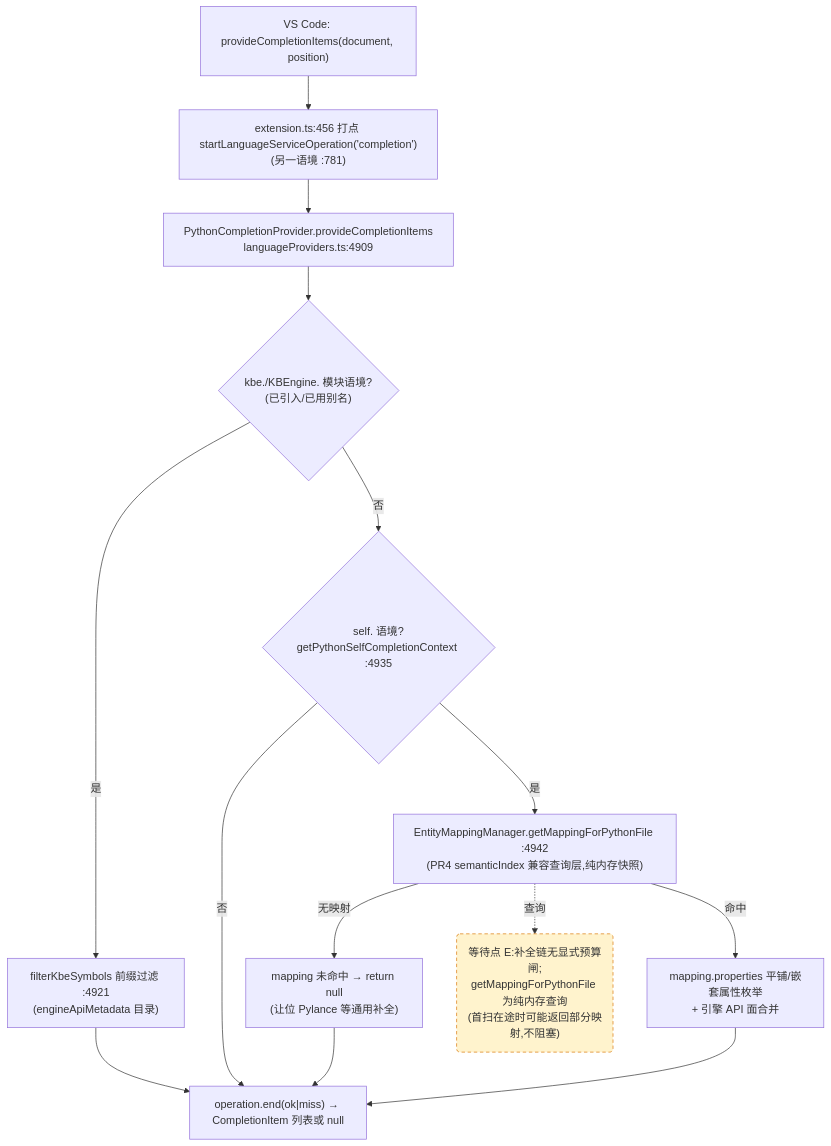
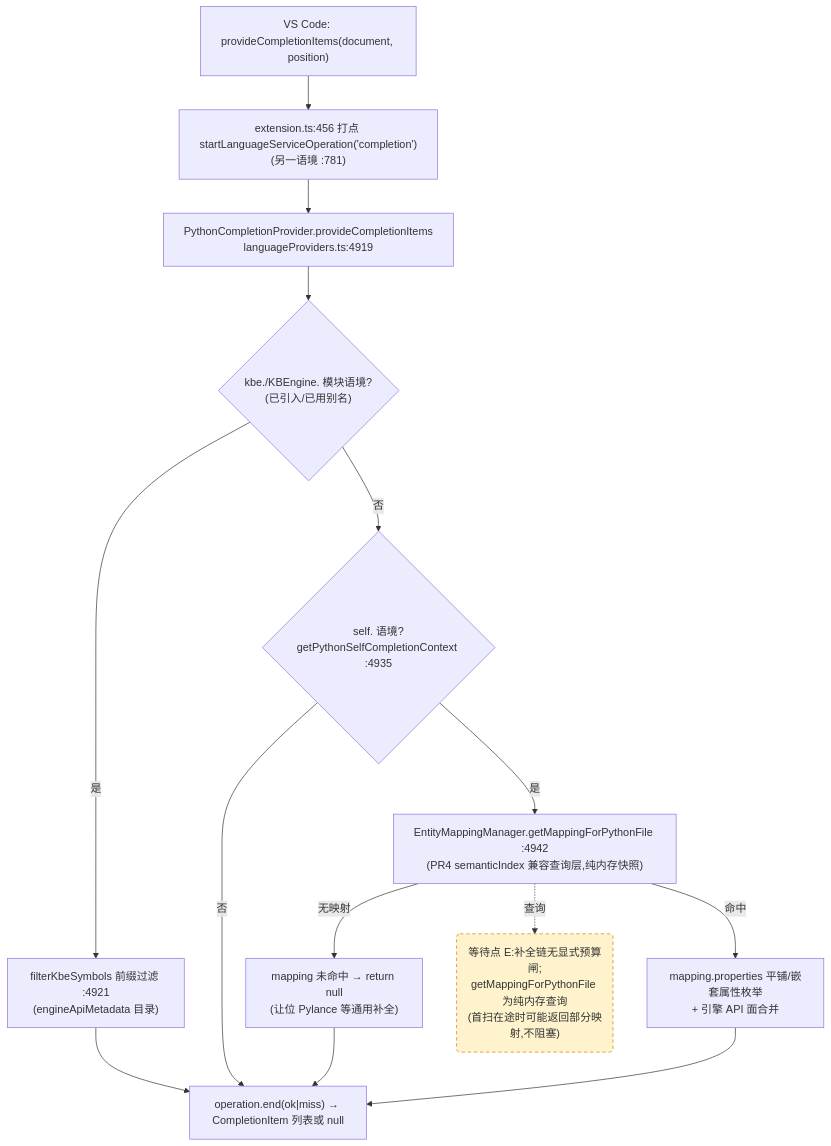
Before and after one commit to cuihairu/kode: the third of 4 diagrams in docs/perf/2026-baseline.md, drawn with Mermaid. The commit also changed other lines of this file and 1 other file, not shown here.

````diff
--- a/docs/perf/2026-baseline.md
+++ b/docs/perf/2026-baseline.md
@@ -184,27 +184,27 @@
 ```mermaid
 flowchart TD
   VC3["VS Code: provideCompletionItems(document, position)"]
   M3["extension.ts:456 打点 startLanguageServiceOperation('completion')<br/>(另一语境 :781)"]
-  CP["PythonCompletionProvider.provideCompletionItems<br/>languageProviders.ts:4909"]
+  CP["PythonCompletionProvider.provideCompletionItems<br/>languageProviders.ts:4919"]
   KBEC{"kbe./KBEngine. 模块语境?<br/>(已引入/已用别名)"}
   FILTER["filterKbeSymbols 前缀过滤 :4921<br/>(engineApiMetadata 目录)"]
   SELFC{"self. 语境?<br/>getPythonSelfCompletionContext :4935"}
   MAP["EntityMappingManager.getMappingForPythonFile :4942<br/>(PR4 semanticIndex 兼容查询层,纯内存快照)"]
   NOMAP["mapping 未命中 → return null<br/>(让位 Pylance 等通用补全)"]
   PROPS["mapping.properties 平铺/嵌套属性枚举<br/>+ 引擎 API 面合并"]
   END3["operation.end(ok|miss) → CompletionItem 列表或 null"]
 
   VC3 --> M3 --> CP --> KBEC
   KBEC -- "是" --> FILTER --> END3
   KBEC -- "否" --> SELFC
   SELFC -- "否" --> END3
   SELFC -- "是" --> MAP
   MAP -- "无映射" --> NOMAP --> END3
   MAP -- "命中" --> PROPS --> END3
 
   WAITE("等待点 E:补全链无显式预算闸;<br/>getMappingForPythonFile 为纯内存查询<br/>(首扫在途时可能返回部分映射,不阻塞)")
   MAP -.->|查询| WAITE
 
   classDef waitPoint fill:#fff3cd,stroke:#d97706,stroke-dasharray:5 4;
   class WAITE waitPoint;
 ```
````
